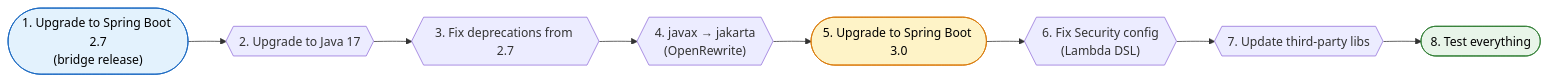
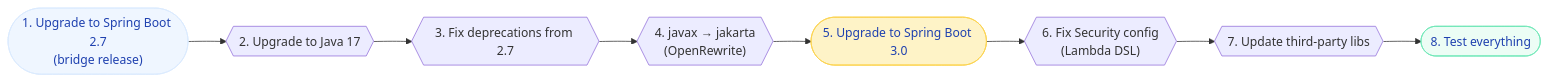
One commit to saivamsikaruturi/vamsilabs-dev-notes-main changed the fifth of 5 diagrams in docs/springboot/SpringBoot3.md. Above: the diagram before and after it, drawn with Mermaid. The commit also changed other lines of this file and 220 other files, not shown here.

First line of the commit message:
Add 50+ new Java/Spring Boot pages, rewrite CSS code blocks to Oracle style, fix all diagram colors

````diff
--- a/docs/springboot/SpringBoot3.md
+++ b/docs/springboot/SpringBoot3.md
@@ -601,14 +601,14 @@
 ```mermaid
 flowchart LR
     A(["1. Upgrade to Spring Boot 2.7\n(bridge release)"]) --> B{{"2. Upgrade to Java 17"}}
     B --> C{{"3. Fix deprecations from 2.7"}}
     C --> D{{"4. javax → jakarta\n(OpenRewrite)"}}
     D --> E(["5. Upgrade to Spring Boot 3.0"])
     E --> F{{"6. Fix Security config\n(Lambda DSL)"}}
     F --> G{{"7. Update third-party libs"}}
     G --> H(["8. Test everything"])
 
-    style A fill:#E3F2FD,stroke:#1565C0,color:#000
-    style E fill:#FEF3C7,stroke:#D97706,color:#000
-    style H fill:#E8F5E9,stroke:#2E7D32,color:#000
+    style A fill:#EFF6FF,stroke:#DBEAFE,color:#1E40AF
+    style E fill:#FEF3C7,stroke:#FCD34D,color:#1E40AF
+    style H fill:#ECFDF5,stroke:#6EE7B7,color:#1E40AF
 ```
````
